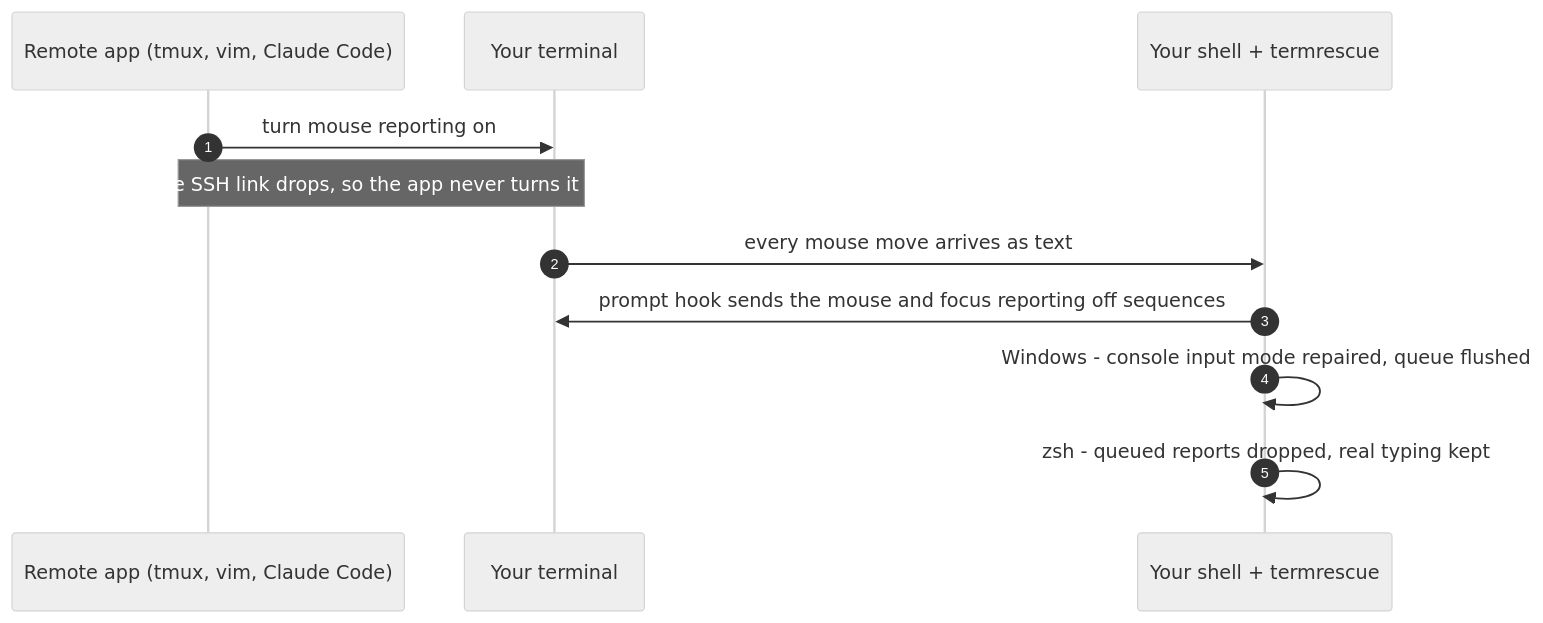
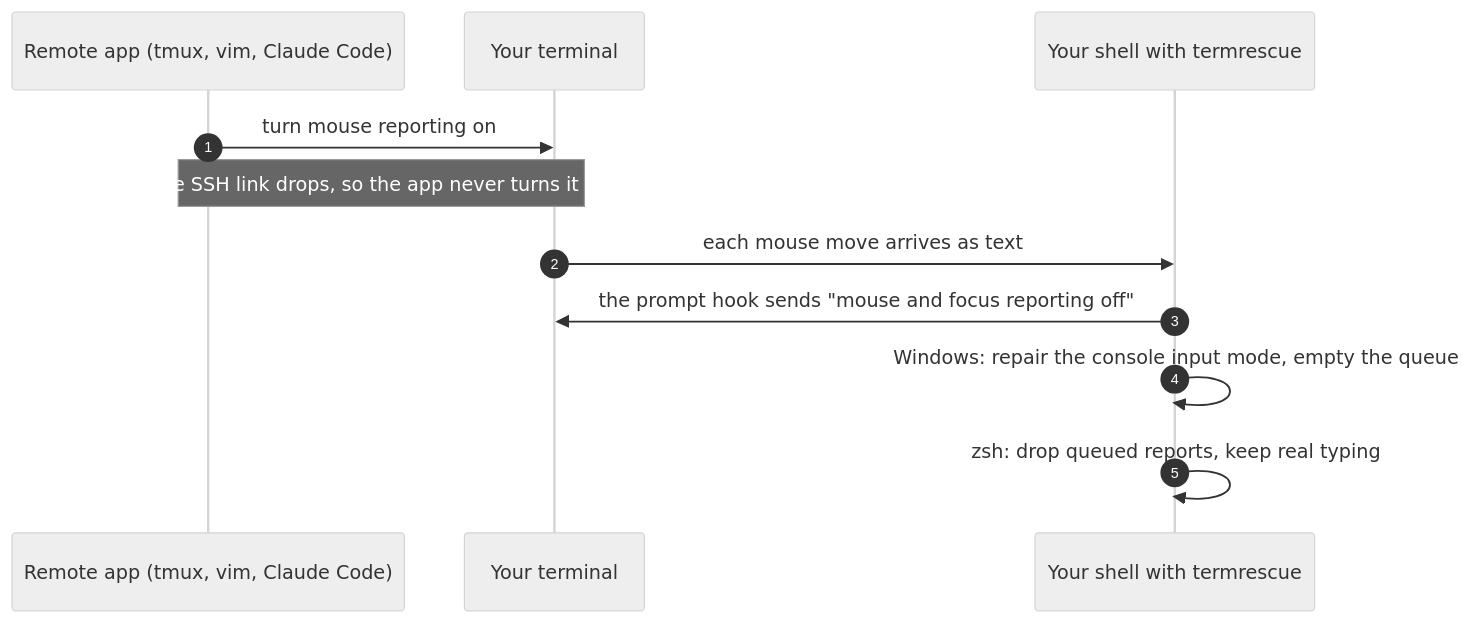
One commit to Guinerve/termrescue changed the diagram in README.md. Above: the diagram before and after it, drawn with Mermaid (neutral theme). The commit also changed other lines of this file and 6 other files, not shown here.

````diff
--- a/README.md
+++ b/README.md
@@ -106,13 +122,13 @@
 ```mermaid
 sequenceDiagram
     autonumber
     participant App as Remote app (tmux, vim, Claude Code)
     participant Term as Your terminal
-    participant Shell as Your shell + termrescue
+    participant Shell as Your shell with termrescue
     App->>Term: turn mouse reporting on
     Note over App,Term: the SSH link drops, so the app never turns it off
-    Term->>Shell: every mouse move arrives as text
-    Shell->>Term: prompt hook sends the mouse and focus reporting off sequences
-    Shell->>Shell: Windows - console input mode repaired, queue flushed
-    Shell->>Shell: zsh - queued reports dropped, real typing kept
+    Term->>Shell: each mouse move arrives as text
+    Shell->>Term: the prompt hook sends "mouse and focus reporting off"
+    Shell->>Shell: Windows: repair the console input mode, empty the queue
+    Shell->>Shell: zsh: drop queued reports, keep real typing
 ```
````
